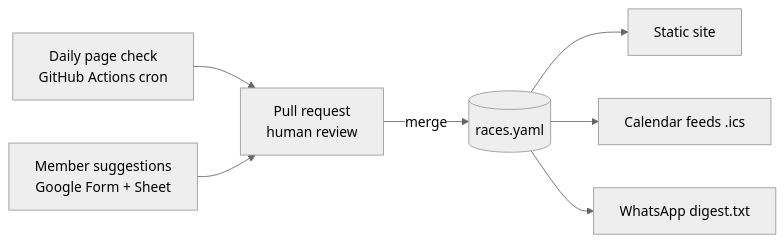
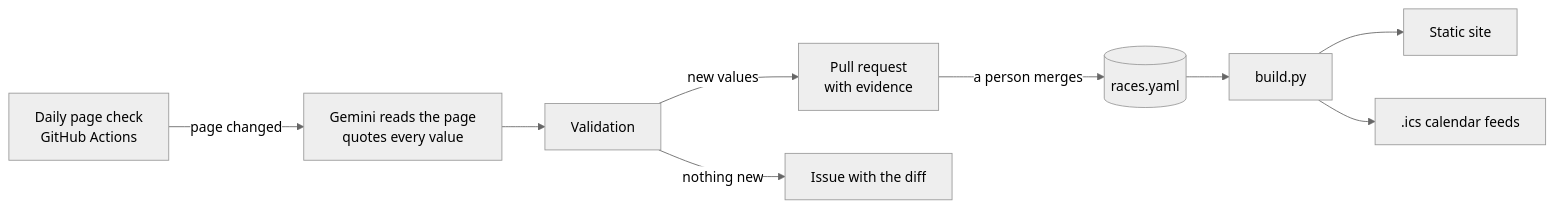
One commit to YashodhraSabu/uk-race-tracker changed the diagram in README.md. Above: the diagram before and after it, drawn with Mermaid (neutral theme). The commit also changed other lines of this file, not shown here.

````diff
--- a/README.md
+++ b/README.md
@@ -111,9 +20,11 @@
 ```mermaid
 flowchart LR
-    A[Daily page check<br/>GitHub Actions cron] --> PR[Pull request<br/>human review]
-    B[Member suggestions<br/>Google Form + Sheet] --> PR
-    PR -->|merge| Y[(races.yaml)]
-    Y --> S[Static site]
-    Y --> C[Calendar feeds .ics]
-    Y --> D[WhatsApp digest.txt]
+    Y[(races.yaml)] --> B[build.py]
+    B --> S[Static site]
+    B --> C[.ics calendar feeds]
+    D[Daily page check<br/>GitHub Actions] -->|page changed| L[Gemini reads the page<br/>quotes every value]
+    L --> V[Validation]
+    V -->|new values| PR[Pull request<br/>with evidence]
+    V -->|nothing new| I[Issue with the diff]
+    PR -->|a person merges| Y
 ```
````
